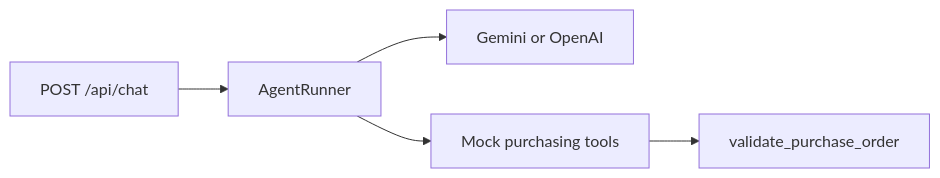
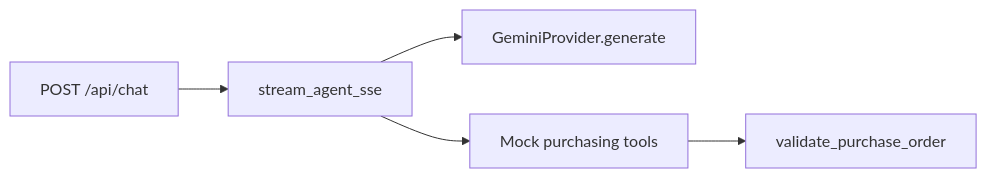
One commit to Tejas-Jain/agent-assignment changed the diagram in backend/README.md. Above: the diagram before and after it, drawn with Mermaid. The commit also changed other lines of this file and 16 other files, not shown here.

````diff
--- a/backend/README.md
+++ b/backend/README.md
@@ -43,7 +52,7 @@
 ```mermaid
 flowchart LR
-  ChatAPI["POST /api/chat"] --> Runner[AgentRunner]
-  Runner --> LLM[Gemini or OpenAI]
+  ChatAPI["POST /api/chat"] --> Runner[stream_agent_sse]
+  Runner --> Gemini[GeminiProvider.generate]
   Runner --> Tools[Mock purchasing tools]
   Tools --> Validate[validate_purchase_order]
 ```
````
